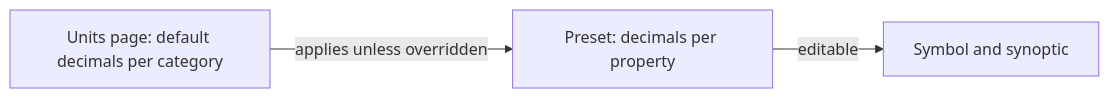
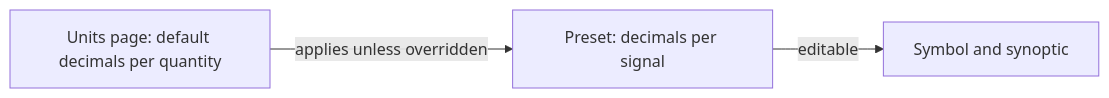
One commit to AlexandreGallais/synoptic-studio-spec changed the fifth of 5 diagrams in metadata/05-units.md. Above: the diagram before and after it, drawn with Mermaid. The commit also changed other lines of this file and 18 other files, not shown here.

````diff
--- a/metadata/05-units.md
+++ b/metadata/05-units.md
@@ -104,5 +106,5 @@
 ```mermaid
 flowchart LR
-    U["Units page: default decimals per category"] -->|"applies unless overridden"| P["Preset: decimals per property"]
+    U["Units page: default decimals per quantity"] -->|"applies unless overridden"| P["Preset: decimals per signal"]
     P -->|"editable"| S["Symbol and synoptic"]
 ```
````
